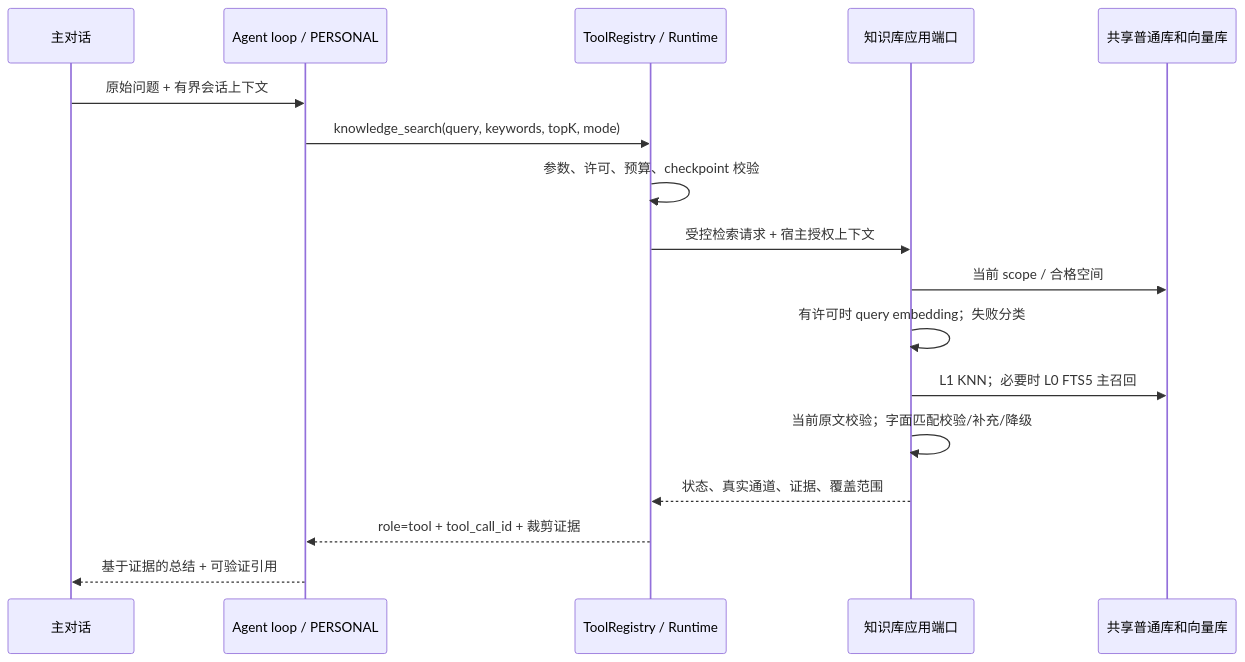
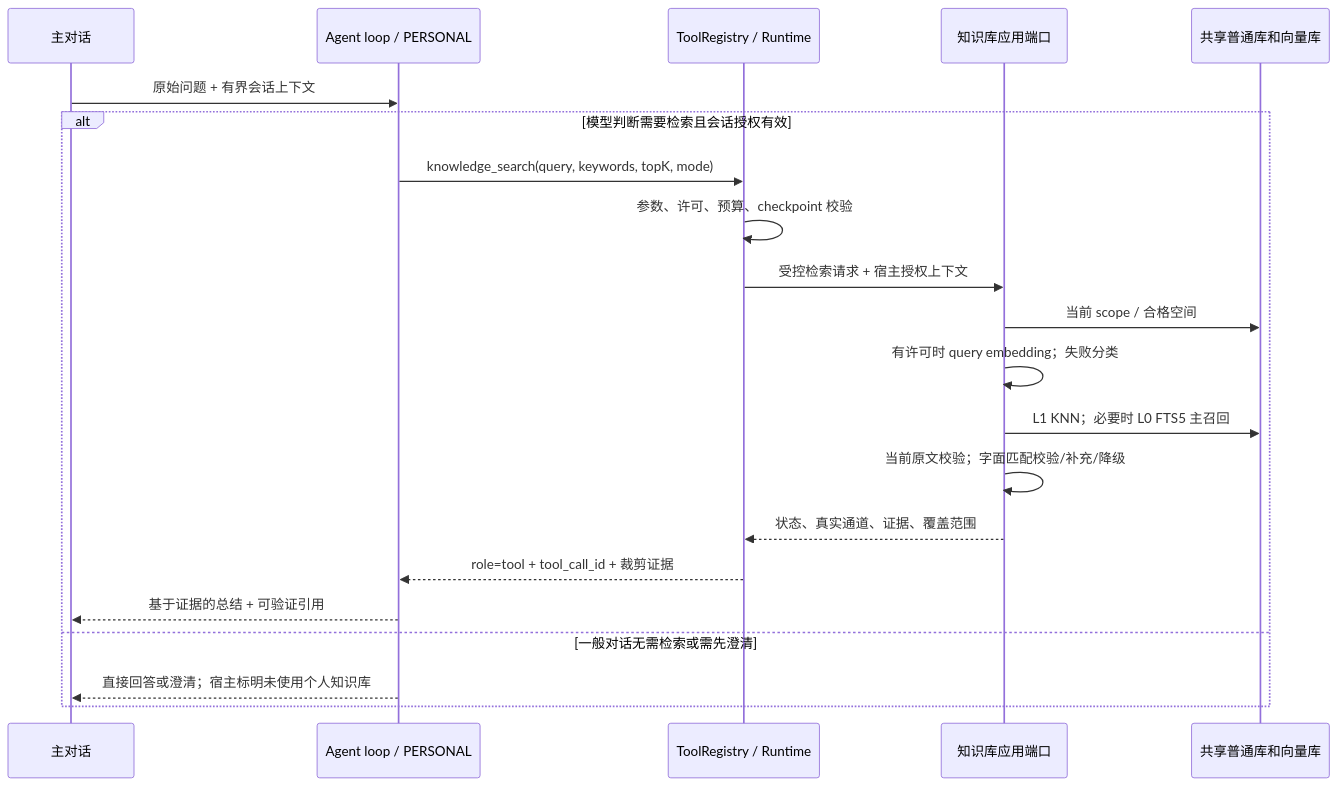
One commit to ZaneOw0/Shuvi-agent changed the diagram in specs/13-主对话Agent知识库L2检索增强.md. Above: the diagram before and after it, drawn with Mermaid. The commit also changed other lines of this file and 28 other files, not shown here.

````diff
--- a/specs/13-主对话Agent知识库L2检索增强.md
+++ b/specs/13-主对话Agent知识库L2检索增强.md
@@ -53,19 +53,23 @@
 ```mermaid
 sequenceDiagram
   participant U as 主对话
   participant A as Agent loop / PERSONAL
   participant R as ToolRegistry / Runtime
   participant K as 知识库应用端口
   participant V as 共享普通库和向量库
   U->>A: 原始问题 + 有界会话上下文
+  alt 模型判断需要检索且会话授权有效
   A->>R: knowledge_search(query, keywords, topK, mode)
   R->>R: 参数、许可、预算、checkpoint 校验
   R->>K: 受控检索请求 + 宿主授权上下文
   K->>V: 当前 scope / 合格空间
   K->>K: 有许可时 query embedding；失败分类
   K->>V: L1 KNN；必要时 L0 FTS5 主召回
   K->>K: 当前原文校验；字面匹配校验/补充/降级
   K-->>R: 状态、真实通道、证据、覆盖范围
   R-->>A: role=tool + tool_call_id + 裁剪证据
   A-->>U: 基于证据的总结 + 可验证引用
+  else 一般对话无需检索或需先澄清
+  A-->>U: 直接回答或澄清；宿主标明未使用个人知识库
+  end
 ```
````
